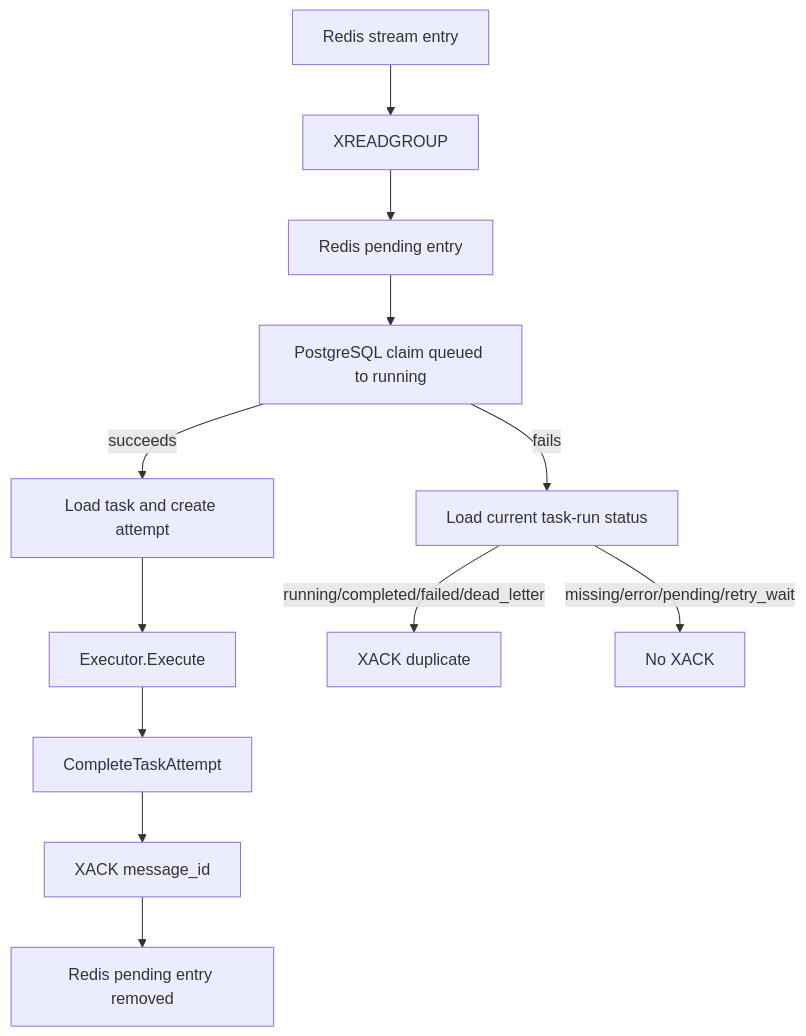
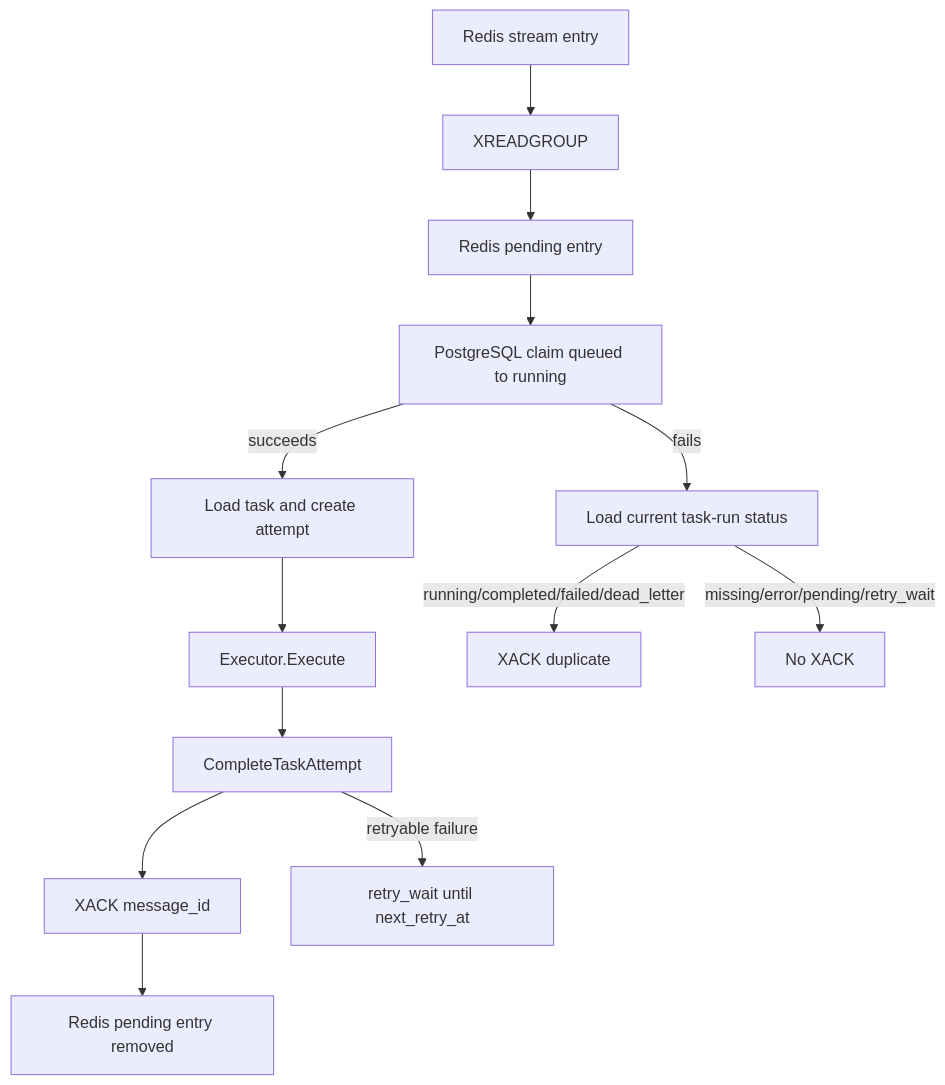
One commit to Hyowon-A/goflow changed the seventh of 8 diagrams in docs/architecture.md. Above: the diagram before and after it, drawn with Mermaid. The commit also changed other lines of this file and 5 other files, not shown here.

````diff
--- a/docs/architecture.md
+++ b/docs/architecture.md
@@ -278,14 +280,15 @@
 ```mermaid
 flowchart TD
     Entry[Redis stream entry] --> Read[XREADGROUP]
     Read --> Pending[Redis pending entry]
     Pending --> Claim[PostgreSQL claim queued to running]
     Claim -->|succeeds| Work[Load task and create attempt]
     Work --> Execute[Executor.Execute]
     Execute --> Complete[CompleteTaskAttempt]
     Complete --> Ack[XACK message_id]
+    Complete -->|retryable failure| RetryWait[retry_wait until next_retry_at]
     Ack --> Removed[Redis pending entry removed]
     Claim -->|fails| Status[Load current task-run status]
     Status -->|running/completed/failed/dead_letter| AckDuplicate[XACK duplicate]
     Status -->|missing/error/pending/retry_wait| NoAck[No XACK]
 ```
````
